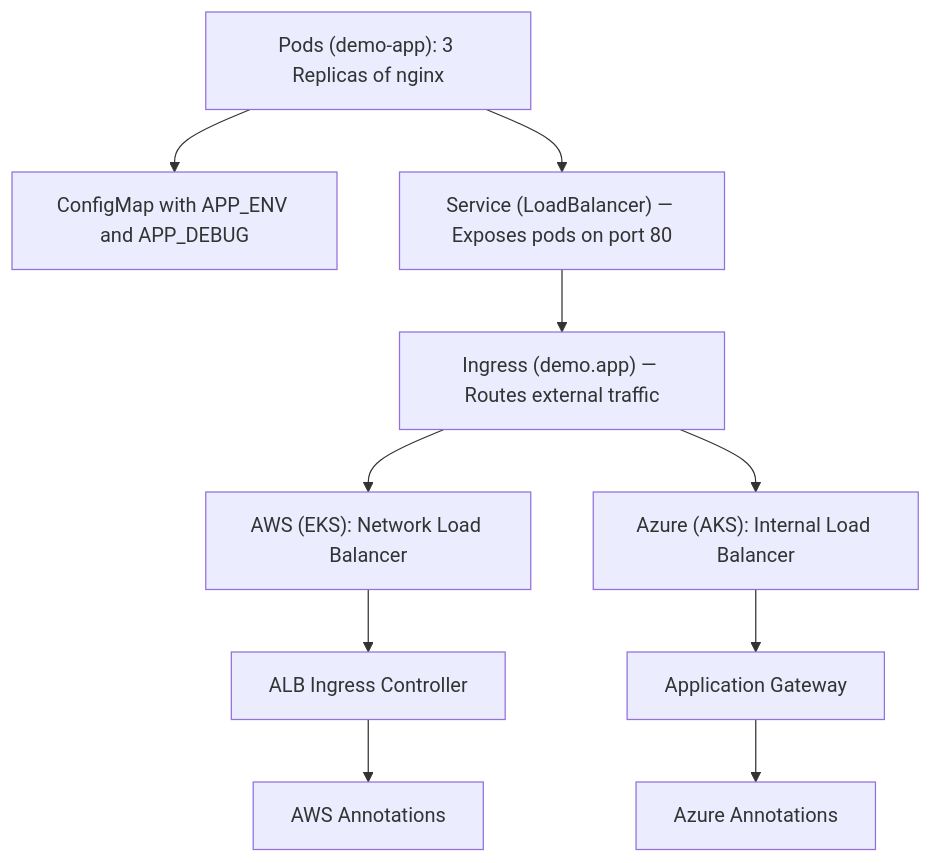
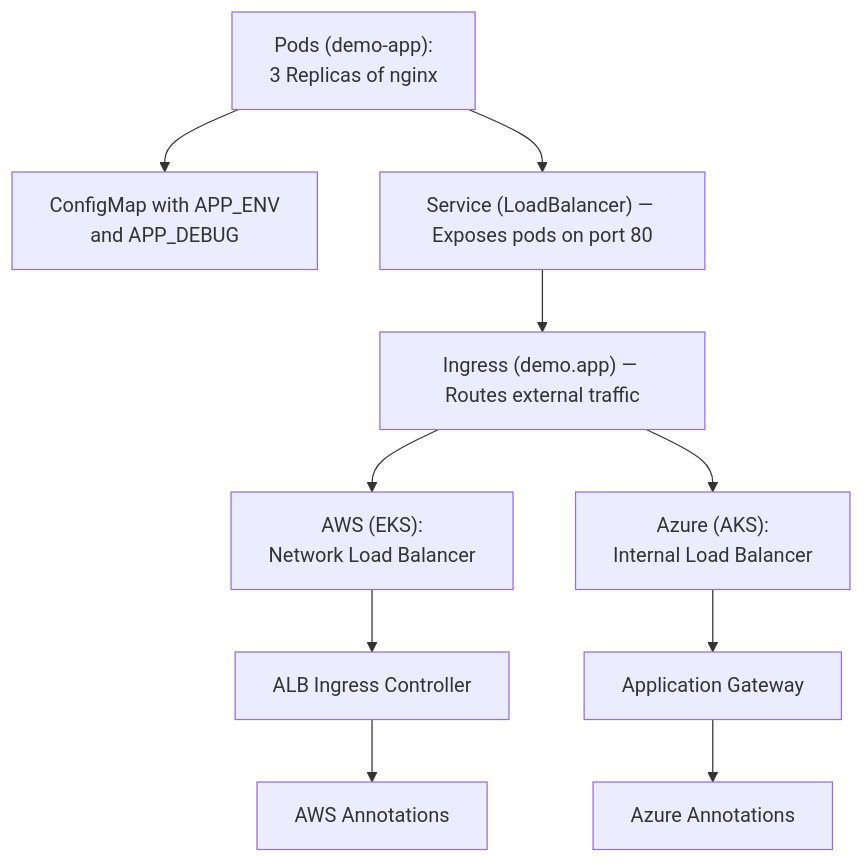
Before and after one commit to obintui10/kubernetes-multi-cloud-demo: the diagram in README.md, drawn with Mermaid.

````diff
--- a/README.md
+++ b/README.md
@@ -98,16 +98,20 @@
 ```mermaid
 flowchart TB
-    Pods["Pods (demo-app): 3 Replicas of nginx"] --> Config["ConfigMap with APP_ENV and APP_DEBUG"]
+    Pods["Pods (demo-app):
+3 Replicas of nginx"] --> Config["ConfigMap with APP_ENV
+and APP_DEBUG"]
 
     Pods --> Service["Service (LoadBalancer) — Exposes pods on port 80"]
     Service --> Ingress["Ingress (demo.app) — Routes external traffic"]
 
-    Ingress --> AWS_NLB["AWS (EKS): Network Load Balancer"]
+    Ingress --> AWS_NLB["AWS (EKS):
+Network Load Balancer"]
     AWS_NLB --> AWS_ALB["ALB Ingress Controller"]
     AWS_ALB --> AWS_Anno["AWS Annotations"]
 
-    Ingress --> Azure_ILB["Azure (AKS): Internal Load Balancer"]
+    Ingress --> Azure_ILB["Azure (AKS):
+Internal Load Balancer"]
     Azure_ILB --> Azure_AppGW["Application Gateway"]
     Azure_AppGW --> Azure_Anno["Azure Annotations"]
 
 ```
````
